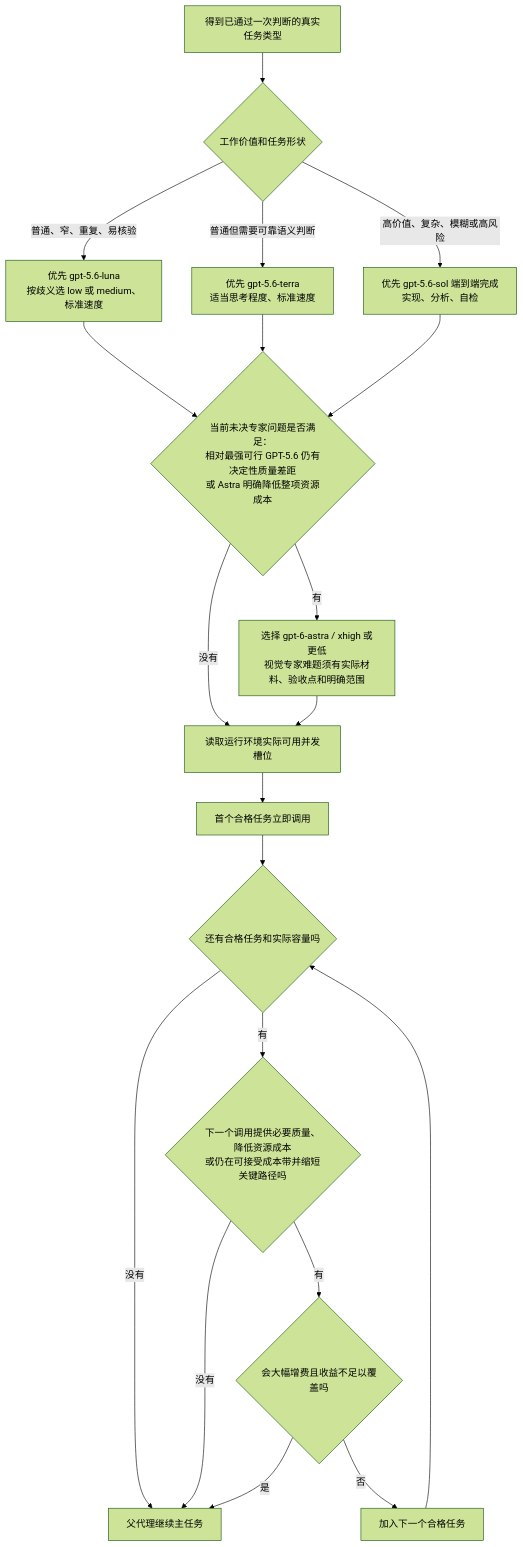
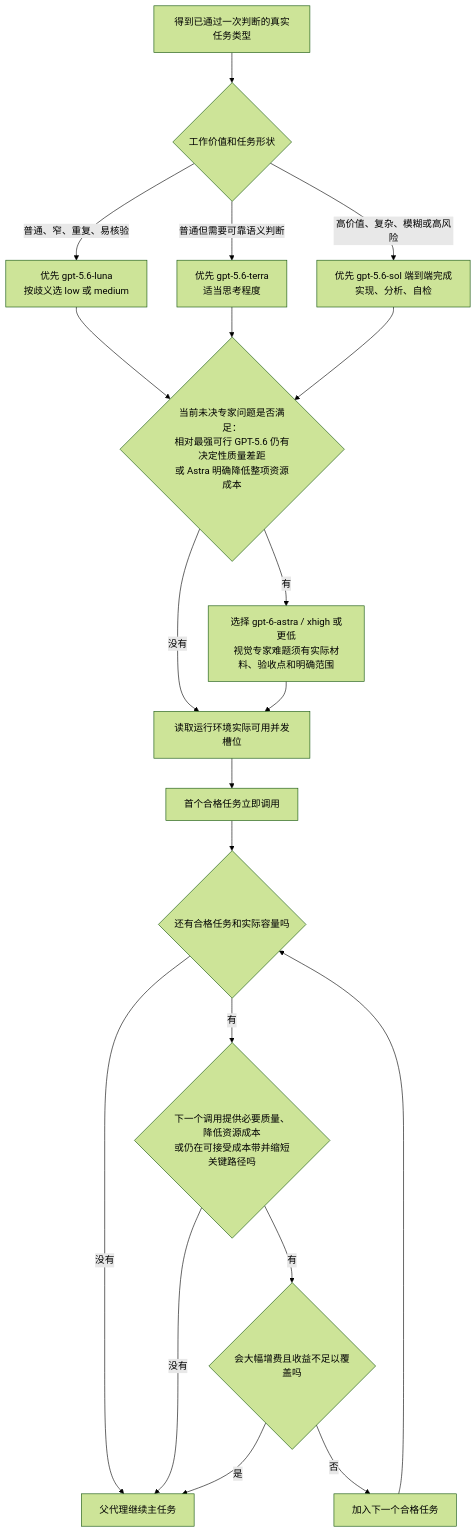
One commit to Lang45/codex-lean-stack changed the third of 13 diagrams in skills/lean-stack/references/flowcharts-zh.md. Above: the diagram before and after it, drawn with Mermaid (forest theme). The commit also changed other lines of this file and 17 other files, not shown here.

````diff
--- a/skills/lean-stack/references/flowcharts-zh.md
+++ b/skills/lean-stack/references/flowcharts-zh.md
@@ -300,22 +301,22 @@
 ```mermaid
 flowchart TD
     A[得到已通过一次判断的真实任务类型] --> A0{工作价值和任务形状}
-    A0 -->|普通、窄、重复、易核验| AL[优先 gpt-5.6-luna<br/>按歧义选 low 或 medium、标准速度]
-    A0 -->|普通但需要可靠语义判断| AT[优先 gpt-5.6-terra<br/>适当思考程度、标准速度]
+    A0 -->|普通、窄、重复、易核验| AL[优先 gpt-5.6-luna<br/>按歧义选 low 或 medium]
+    A0 -->|普通但需要可靠语义判断| AT[优先 gpt-5.6-terra<br/>适当思考程度]
     A0 -->|高价值、复杂、模糊或高风险| AS[优先 gpt-5.6-sol 端到端完成<br/>实现、分析、自检]
     AL --> AH{当前未决专家问题是否满足：<br/>相对最强可行 GPT-5.6 仍有决定性质量差距<br/>或 Astra 明确降低整项资源成本}
     AT --> AH
     AS --> AH
     AH -->|没有| B[读取运行环境实际可用并发槽位]
     AH -->|有| AA[选择 gpt-6-astra / xhigh 或更低<br/>视觉专家难题须有实际材料、验收点和明确范围]
     AA --> B
     B --> C[首个合格任务立即调用]
     C --> D{还有合格任务和实际容量吗}
     D -->|没有| E[父代理继续主任务]
     D -->|有| F{下一个调用提供必要质量、降低资源成本<br/>或仍在可接受成本带并缩短关键路径吗}
     F -->|没有| E
     F -->|有| G{会大幅增费且收益不足以覆盖吗}
     G -->|是| E
     G -->|否| H[加入下一个合格任务]
     H --> D
 ```
````
